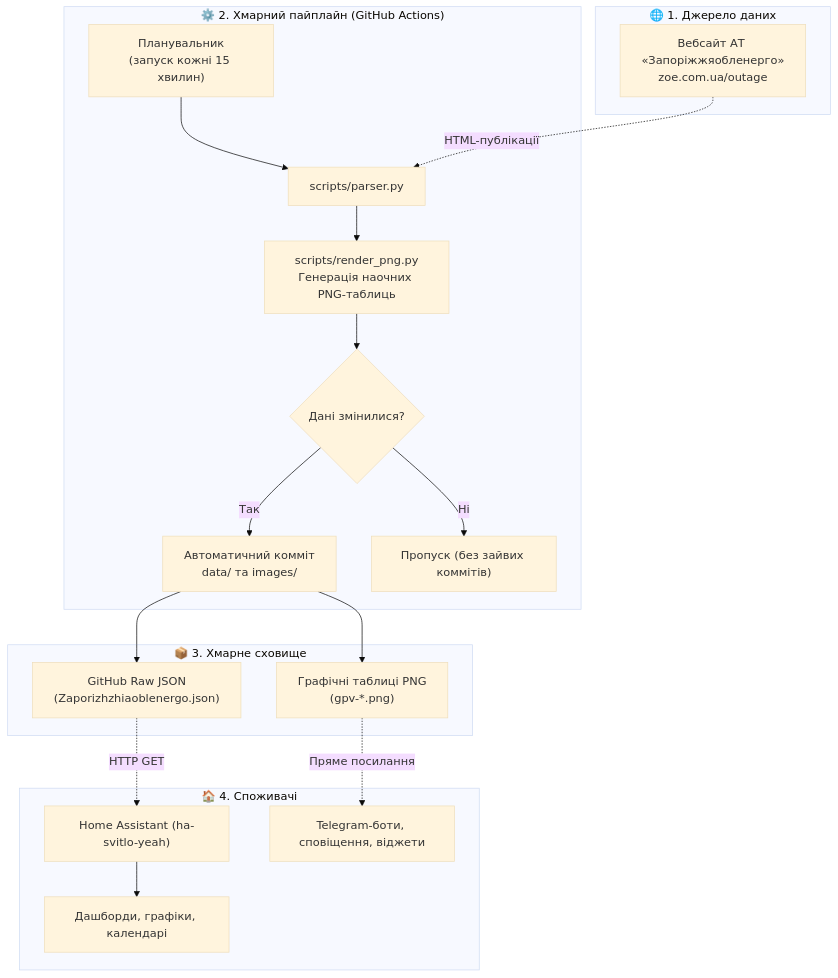
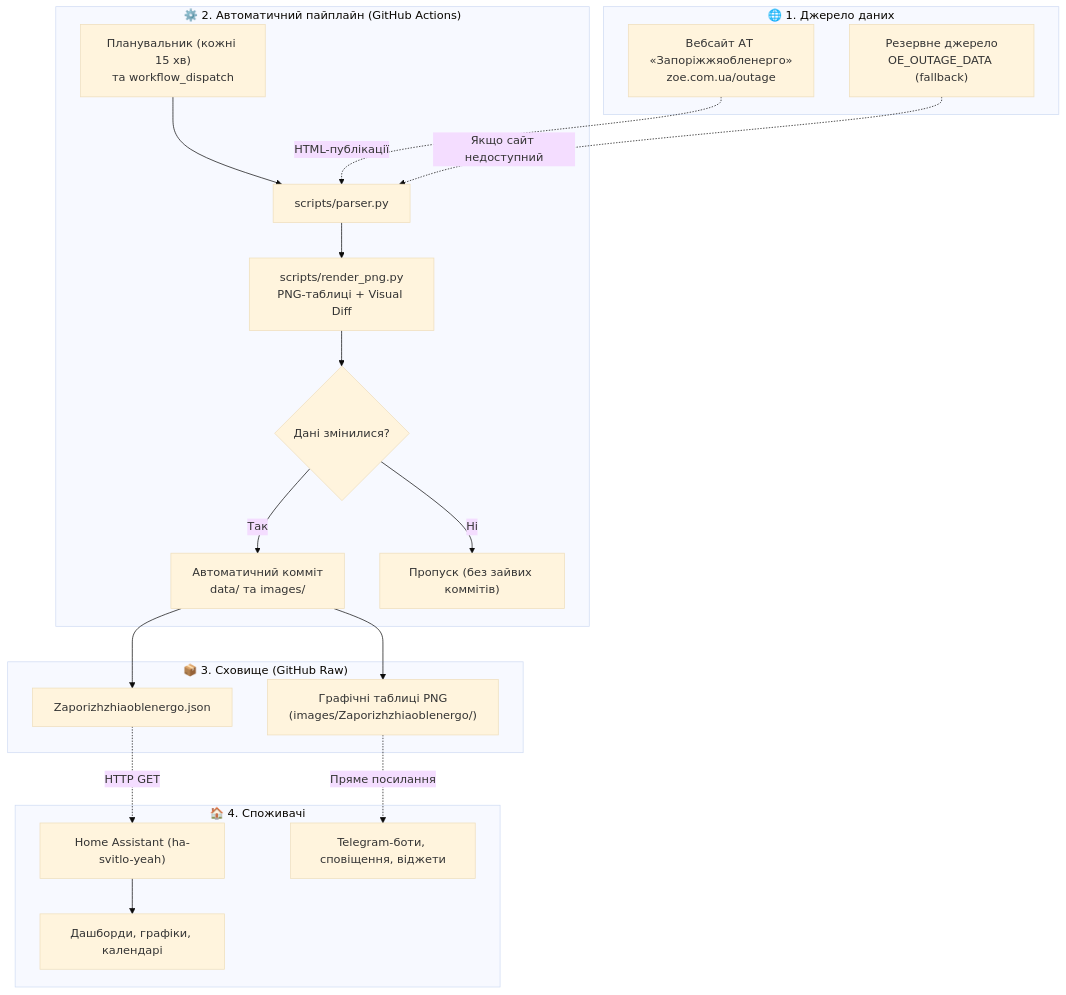
The diagram in README.md (milkmann/gpv-zoe-zaporizhzhia), drawn with Mermaid (base theme) before and after one commit. The commit also changed other lines of this file and 46 other files, not shown here.

Commit message:
fix(audit): fix Visual Diff, update timestamps, tomorrow placeholder, parser edge cases, CI & docs

````diff
--- a/README.md
+++ b/README.md
@@ -39,30 +41,32 @@
 ```mermaid
 flowchart TD
     subgraph SRC["🌐 1. Джерело даних"]
         ZOE["Вебсайт АТ «Запоріжжяобленерго»<br/>zoe.com.ua/outage"]
+        FB["Резервне джерело<br/>OE_OUTAGE_DATA (fallback)"]
     end
 
-    subgraph GHA["⚙️ 2. Хмарний пайплайн (GitHub Actions)"]
-        CRON["Планувальник<br/>(запуск кожні 15 хвилин)"] --> RUN["scripts/parser.py"]
+    subgraph GHA["⚙️ 2. Автоматичний пайплайн (GitHub Actions)"]
+        CRON["Планувальник (кожні 15 хв)<br/>та workflow_dispatch"] --> RUN["scripts/parser.py"]
         ZOE -.->|HTML-публікації| RUN
-        RUN --> PNG["scripts/render_png.py<br/>Генерація наочних PNG-таблиць"]
+        FB -.->|Якщо сайт недоступний| RUN
+        RUN --> PNG["scripts/render_png.py<br/>PNG-таблиці + Visual Diff"]
         PNG --> CHECK{"Дані змінилися?"}
         CHECK -- Так --> COMMIT["Автоматичний комміт<br/>data/ та images/"]
         CHECK -- Ні --> IDLE["Пропуск (без зайвих коммітів)"]
     end
 
-    subgraph STORE["📦 3. Хмарне сховище"]
-        RAW["GitHub Raw JSON<br/>(Zaporizhzhiaoblenergo.json)"]
-        IMGS["Графічні таблиці PNG<br/>(gpv-*.png)"]
+    subgraph STORE["📦 3. Сховище (GitHub Raw)"]
+        RAW["Zaporizhzhiaoblenergo.json"]
+        IMGS["Графічні таблиці PNG<br/>(images/Zaporizhzhiaoblenergo/)"]
         COMMIT --> RAW
         COMMIT --> IMGS
     end
 
     subgraph CLIENTS["🏠 4. Споживачі"]
         INT["Home Assistant (ha-svitlo-yeah)"]
         TG["Telegram-боти, сповіщення, віджети"]
         RAW -.->|HTTP GET| INT
         IMGS -.->|Пряме посилання| TG
         INT --> DASH["Дашборди, графіки, календарі"]
     end
 ```
````
